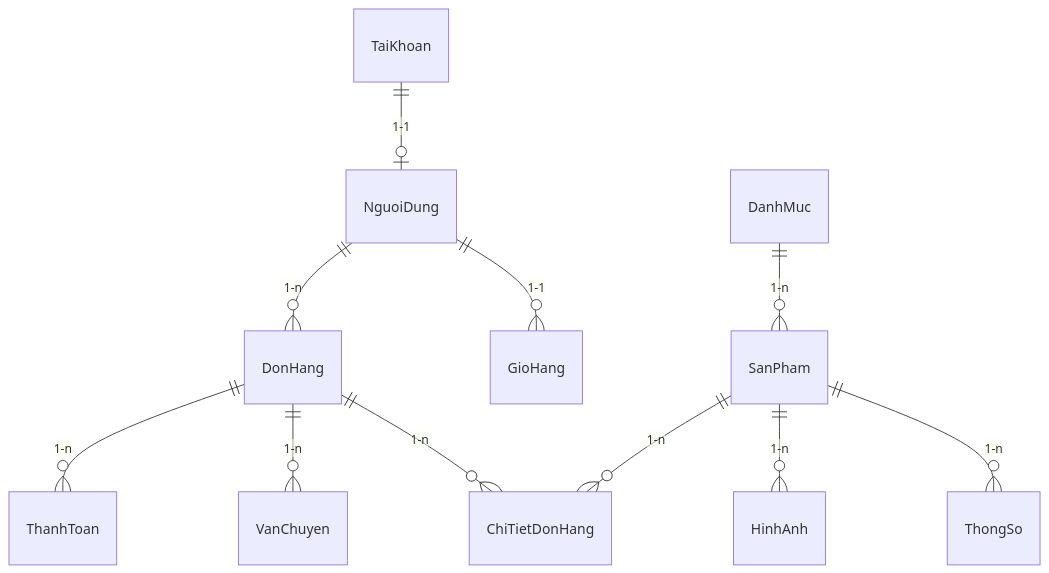
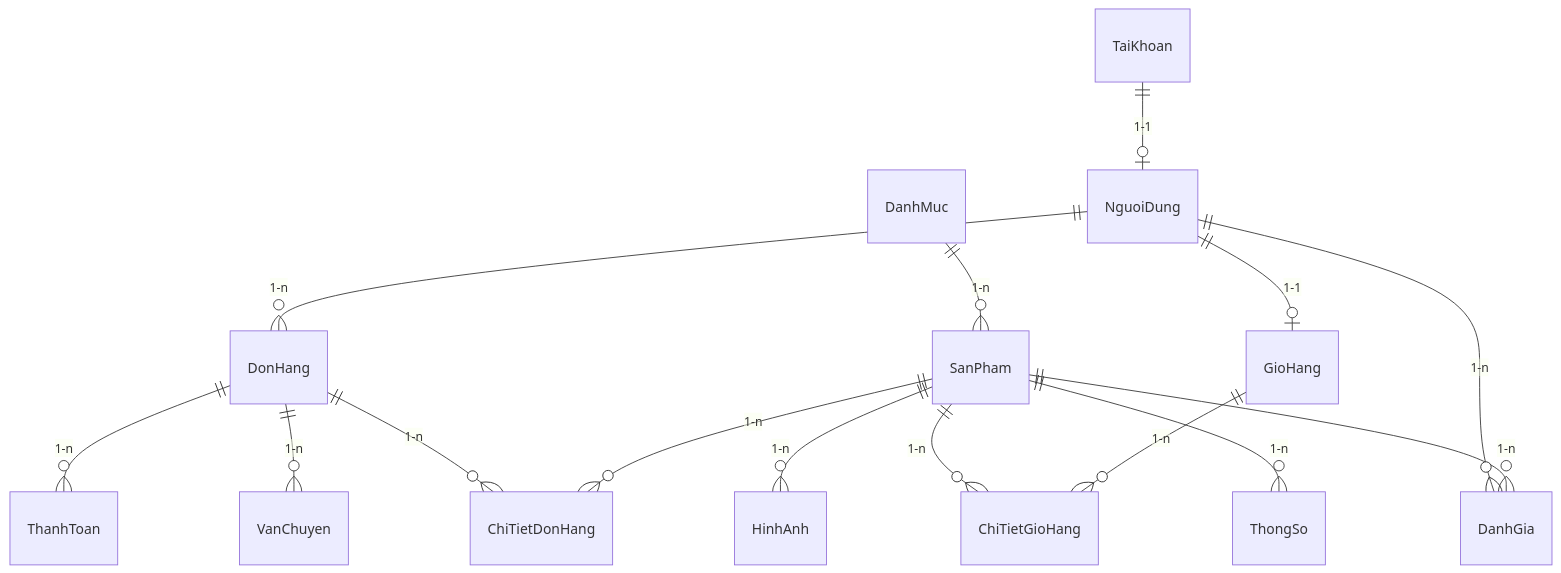
Before and after one commit to Piibruh/linh-kien-chuan-gia: the diagram in tai-lieu-du-an/DATABASE_SCHEMA.md, drawn with Mermaid. The commit also changed other lines of this file and 3 other files, not shown here.

Commit message:
docs: Update DB schema docs to 13 tables & fix UI trim/undefined crashes

````diff
--- a/tai-lieu-du-an/DATABASE_SCHEMA.md
+++ b/tai-lieu-du-an/DATABASE_SCHEMA.md
@@ -7,13 +7,17 @@
 ```mermaid
 erDiagram
     TaiKhoan ||--o| NguoiDung : "1-1"
     NguoiDung ||--o{ DonHang : "1-n"
-    NguoiDung ||--o{ GioHang : "1-1"
+    NguoiDung ||--o| GioHang : "1-1"
+    GioHang ||--o{ ChiTietGioHang : "1-n"
     DanhMuc ||--o{ SanPham : "1-n"
     SanPham ||--o{ HinhAnh : "1-n"
     SanPham ||--o{ ThongSo : "1-n"
     SanPham ||--o{ ChiTietDonHang : "1-n"
+    SanPham ||--o{ ChiTietGioHang : "1-n"
+    SanPham ||--o{ DanhGia : "1-n"
+    NguoiDung ||--o{ DanhGia : "1-n"
     DonHang ||--o{ ChiTietDonHang : "1-n"
     DonHang ||--o{ ThanhToan : "1-n"
     DonHang ||--o{ VanChuyen : "1-n"
 ```
````
